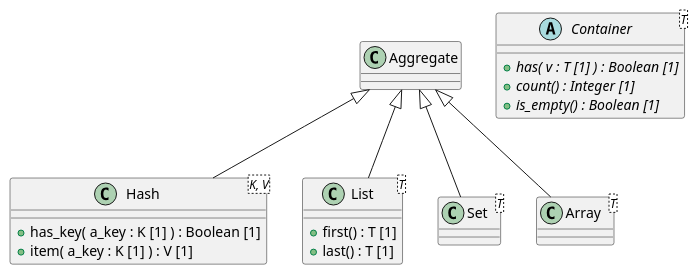
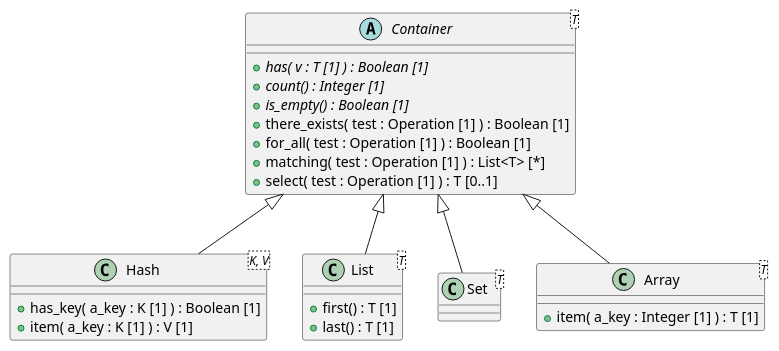
The diagram in code/Adoc/openehr_base_1.2.0/plantUML/packages/org.openehr.base.foundation_types.structure.adoc (sebastian-iancu/code-generator), drawn with PlantUML before and after one commit. The commit also changed 719 other files, not shown here.

```diff
--- a/code/Adoc/openehr_base_1.2.0/plantUML/packages/org.openehr.base.foundation_types.structure.adoc
+++ b/code/Adoc/openehr_base_1.2.0/plantUML/packages/org.openehr.base.foundation_types.structure.adoc
@@ -1,33 +1,38 @@
 [plantuml,structure,format=svg,svg-type="inline"]
 -----
 @startuml
 
 class Hash <K, V> {
   + has_key( a_key : K [1] ) : Boolean [1]
   + item( a_key : K [1] ) : V [1]
 }
 
 abstract class Container <T> {
   + {abstract} has( v : T [1] ) : Boolean [1]
   + {abstract} count() : Integer [1]
   + {abstract} is_empty() : Boolean [1]
+  + there_exists( test : Operation [1] ) : Boolean [1]
+  + for_all( test : Operation [1] ) : Boolean [1]
+  + matching( test : Operation [1] ) : List<T> [*]
+  + select( test : Operation [1] ) : T [0..1]
 }
 
 class List <T> {
   + first() : T [1]
   + last() : T [1]
 }
 
 class Set <T> {
 }
 
 class Array <T> {
+  + item( a_key : Integer [1] ) : T [1]
 }
 
-Aggregate <|-- Hash
-Aggregate <|-- List
-Aggregate <|-- Set
-Aggregate <|-- Array
+Container <|-- Hash
+Container <|-- List
+Container <|-- Set
+Container <|-- Array
 
 @enduml
 -----
```
